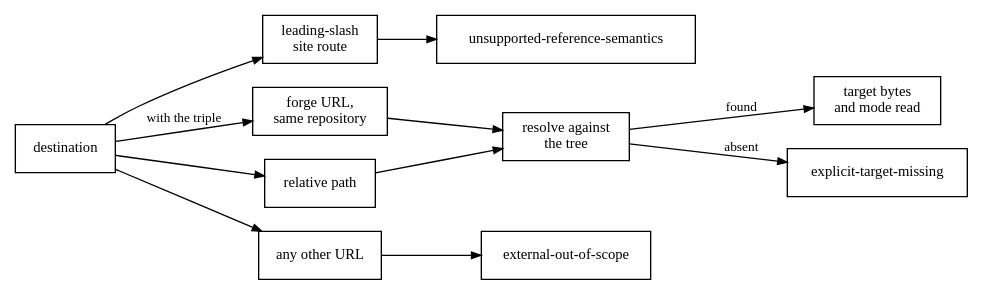
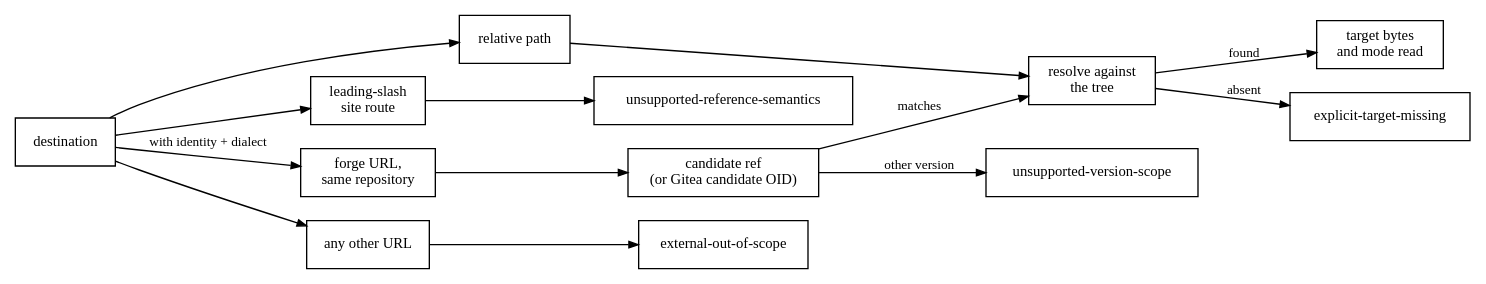
The diagram in docs/src/resolution.md (HardMax71/amiss), drawn with Graphviz before and after one commit. The commit also changed other lines of this file and 4 other files, not shown here.

````diff
--- a/docs/src/resolution.md
+++ b/docs/src/resolution.md
@@ -51,24 +54,28 @@
 ```dot process
 digraph resolve {
   rankdir = LR;
   node [shape = box, fontname = "Latin Modern, Georgia, serif", fontsize = 11];
   edge [fontname = "Latin Modern, Georgia, serif", fontsize = 10, arrowsize = 0.7];
   dest  [label = "destination"];
   rel   [label = "relative path"];
   route [label = "leading-slash
 site route"];
-  gh    [label = "forge URL,
+  forge [label = "forge URL,
 same repository"];
+  scope [label = "candidate ref
+(or Gitea candidate OID)"];
   other [label = "any other URL"];
   tree  [label = "resolve against
 the tree"];
   ext   [label = "external-out-of-scope"];
+  vers  [label = "unsupported-version-scope"];
   unsup [label = "unsupported-reference-semantics"];
   hit   [label = "target bytes
 and mode read"];
   miss  [label = "explicit-target-missing"];
-  dest -> rel; dest -> gh [label = "with the triple"]; dest -> route; dest -> other;
-  rel -> tree; gh -> tree; route -> unsup; other -> ext;
+  dest -> rel; dest -> forge [label = "with identity + dialect"]; dest -> route; dest -> other;
+  rel -> tree; forge -> scope; scope -> tree [label = "matches"];
+  scope -> vers [label = "other version"]; route -> unsup; other -> ext;
   tree -> hit [label = "found"]; tree -> miss [label = "absent"];
 }
 ```
````
